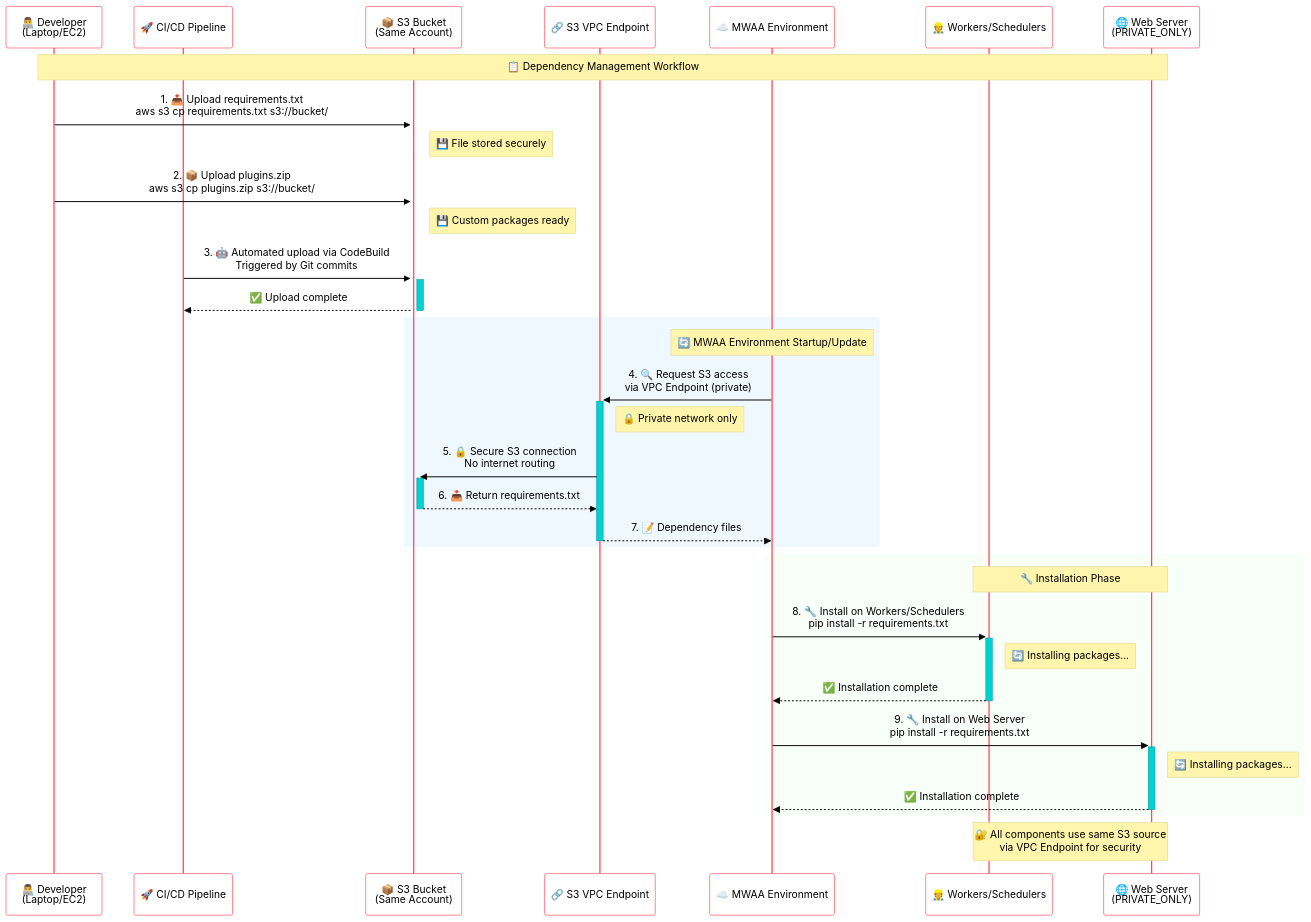
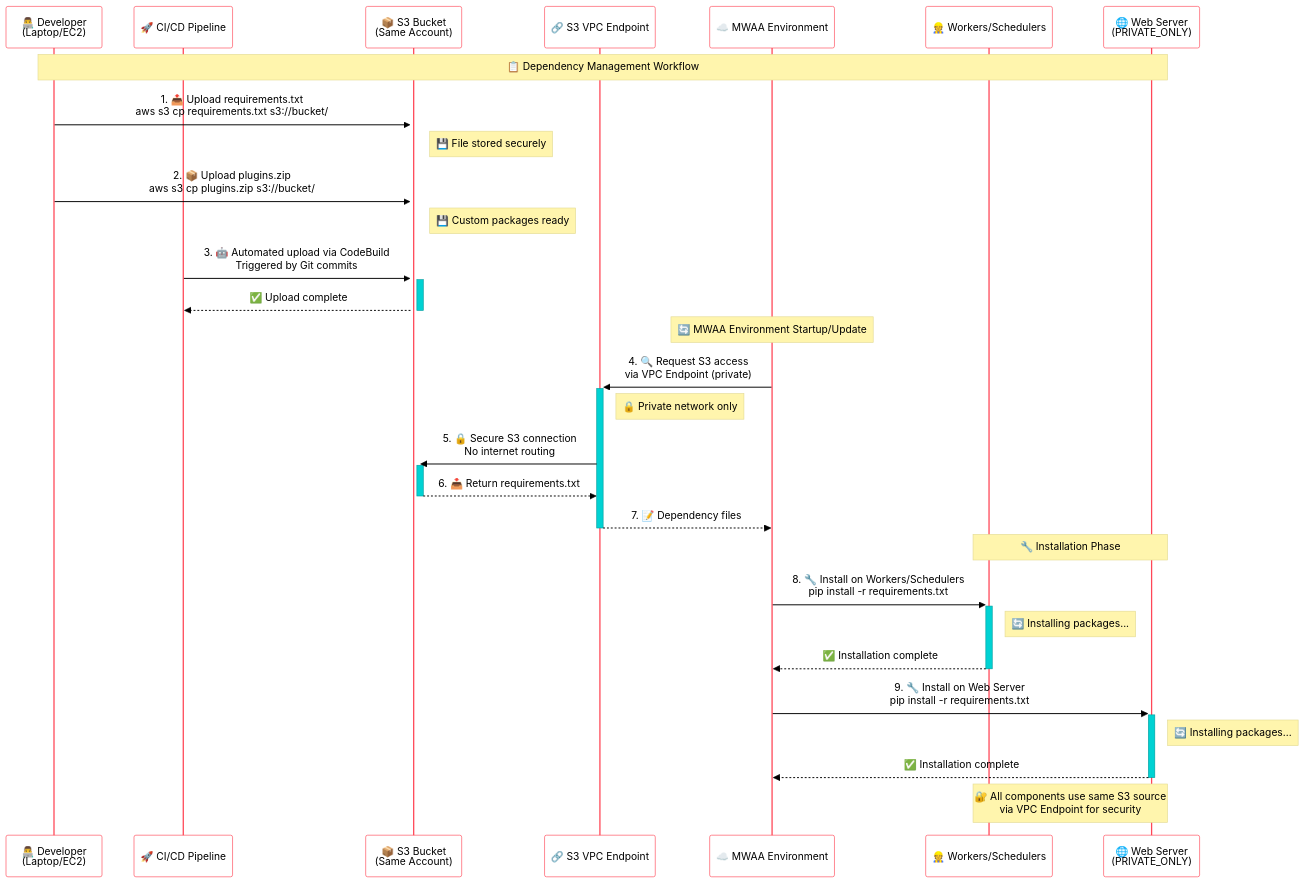
The third of 12 diagrams in README.md (demoq-demo/mwaa), drawn with Mermaid before and after one commit.

````diff
--- a/README.md
+++ b/README.md
@@ -114,44 +114,40 @@
 ```mermaid
 %%{init: {'theme':'base', 'themeVariables': { 'primaryColor': '#ff6b6b', 'primaryTextColor': '#000000', 'actorTextColor': '#000000', 'labelTextColor': '#000000', 'loopTextColor': '#000000', 'noteTextColor': '#000000', 'activationTextColor': '#000000', 'primaryBorderColor': '#ff4757', 'lineColor': '#5f27cd', 'secondaryColor': '#00d2d3', 'tertiaryColor': '#fff', 'background': '#f8f9fa', 'mainBkg': '#ffffff', 'secondBkg': '#e3f2fd', 'tertiaryBkg': '#fff3e0', 'actorTextColor': '#000000', 'labelTextColor': '#000000'}}}%%
 sequenceDiagram
     participant DEV as 👨‍💻 Developer<br/>(Laptop/EC2)
     participant CICD as 🚀 CI/CD Pipeline
     participant S3 as 📦 S3 Bucket<br/>(Same Account)
     participant VPE as 🔗 S3 VPC Endpoint
     participant MWAA as ☁️ MWAA Environment
     participant W as 👷 Workers/Schedulers
     participant WS as 🌐 Web Server<br/>(PRIVATE_ONLY)
     
     Note over DEV,WS: 📋 Dependency Management Workflow
     
     DEV->>+S3: 1. 📤 Upload requirements.txt<br/>aws s3 cp requirements.txt s3://bucket/
     Note right of S3: 💾 File stored securely
     DEV->>+S3: 2. 📦 Upload plugins.zip<br/>aws s3 cp plugins.zip s3://bucket/
     Note right of S3: 💾 Custom packages ready
     CICD->>+S3: 3. 🤖 Automated upload via CodeBuild<br/>Triggered by Git commits
     S3-->>-CICD: ✅ Upload complete
     
-    rect rgb(240, 248, 255)
-        Note over MWAA: 🔄 MWAA Environment Startup/Update
-        
-        MWAA->>+VPE: 4. 🔍 Request S3 access<br/>via VPC Endpoint (private)
-        Note right of VPE: 🔒 Private network only
-        VPE->>+S3: 5. 🔒 Secure S3 connection<br/>No internet routing
-        S3-->>-VPE: 6. 📥 Return requirements.txt
-        VPE-->>-MWAA: 7. 📝 Dependency files
-    end
+    Note over MWAA: 🔄 MWAA Environment Startup/Update
     
-    rect rgb(248, 255, 248)
-        Note over W,WS: 🔧 Installation Phase
-        
-        MWAA->>+W: 8. 🔧 Install on Workers/Schedulers<br/>pip install -r requirements.txt
-        Note right of W: 🔄 Installing packages...
-        W-->>-MWAA: ✅ Installation complete
-        
-        MWAA->>+WS: 9. 🔧 Install on Web Server<br/>pip install -r requirements.txt
-        Note right of WS: 🔄 Installing packages...
-        WS-->>-MWAA: ✅ Installation complete
-    end
+    MWAA->>+VPE: 4. 🔍 Request S3 access<br/>via VPC Endpoint (private)
+    Note right of VPE: 🔒 Private network only
+    VPE->>+S3: 5. 🔒 Secure S3 connection<br/>No internet routing
+    S3-->>-VPE: 6. 📥 Return requirements.txt
+    VPE-->>-MWAA: 7. 📝 Dependency files
+    
+    Note over W,WS: 🔧 Installation Phase
+    
+    MWAA->>+W: 8. 🔧 Install on Workers/Schedulers<br/>pip install -r requirements.txt
+    Note right of W: 🔄 Installing packages...
+    W-->>-MWAA: ✅ Installation complete
+    
+    MWAA->>+WS: 9. 🔧 Install on Web Server<br/>pip install -r requirements.txt
+    Note right of WS: 🔄 Installing packages...
+    WS-->>-MWAA: ✅ Installation complete
     
     Note over W,WS: 🔐 All components use same S3 source<br/>via VPC Endpoint for security
 ```
````
